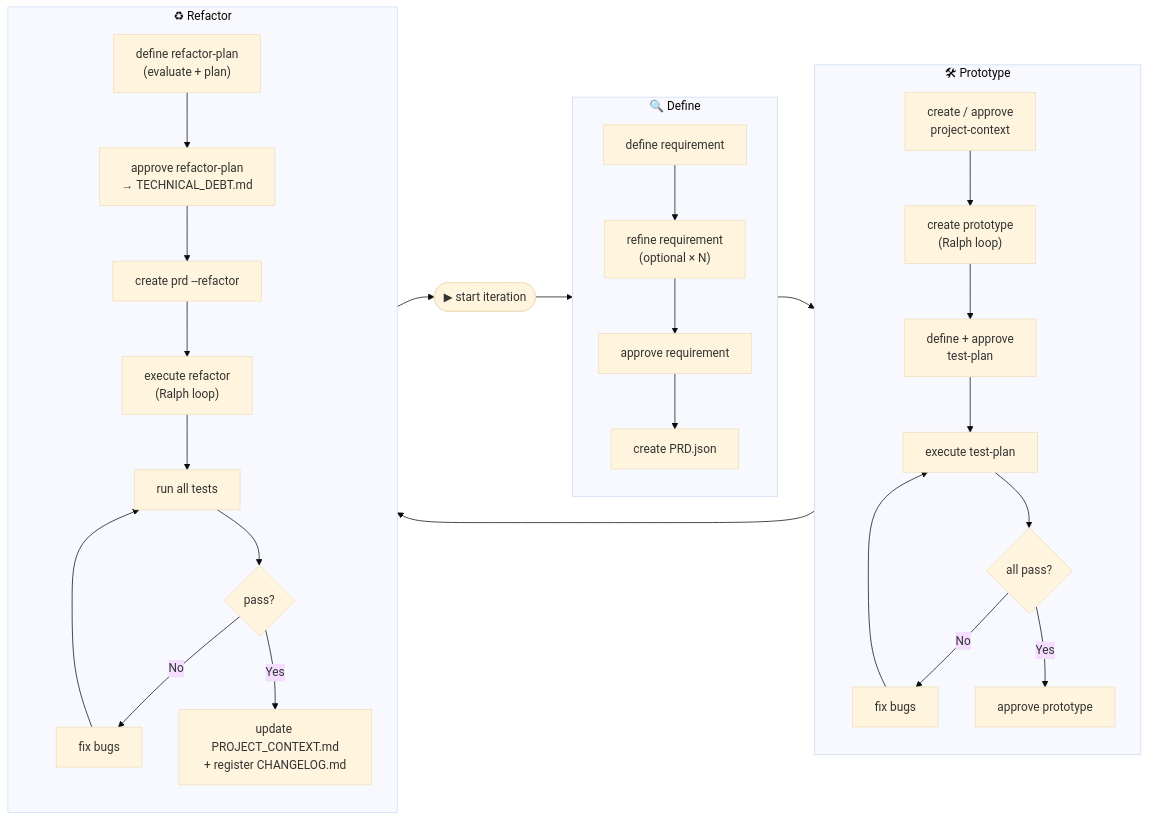
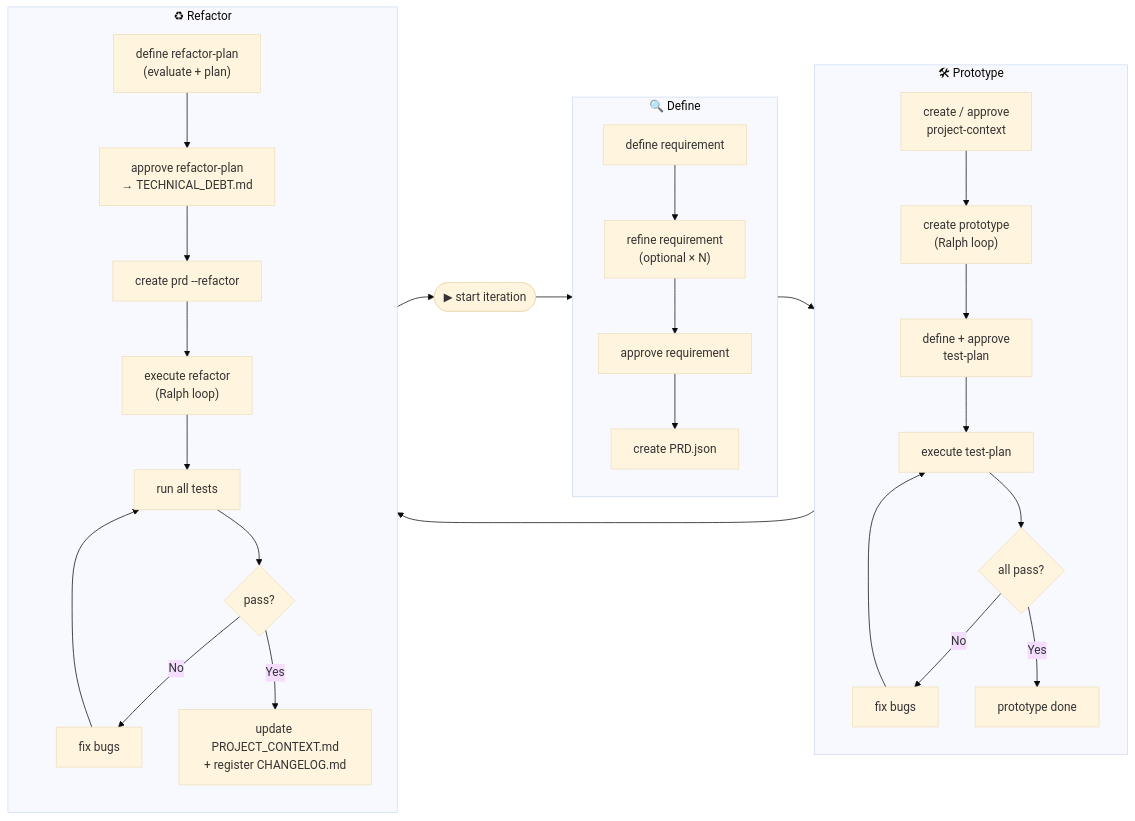
The first of 2 diagrams in process_design.md (quinteroac/nerds-vibecoding-survivor-toolkit), drawn with Mermaid (base theme) before and after one commit. The commit also changed other lines of this file and 5 other files, not shown here.

````diff
--- a/process_design.md
+++ b/process_design.md
@@ -24,38 +24,38 @@
 ```mermaid
 flowchart LR
     Start(["▶ start iteration"]) --> Define
 
     subgraph Define["🔍 Define"]
         direction TB
         DA["define requirement"] --> DB["refine requirement\n(optional × N)"]
         DB --> DC["approve requirement"]
         DC --> DD["create PRD.json"]
     end
 
     subgraph Prototype["🛠 Prototype"]
         direction TB
         PA["create / approve\nproject-context"] --> PB["create prototype\n(Ralph loop)"]
         PB --> PC["define + approve\ntest-plan"]
         PC --> PD["execute test-plan"]
         PD --> PE{all pass?}
         PE -- No --> PF["fix bugs"]
         PF --> PD
-        PE -- Yes --> PG["approve prototype"]
+        PE -- Yes --> PG["prototype done"]
     end
 
     subgraph Refactor["♻ Refactor"]
         direction TB
         RA["define refactor-plan\n(evaluate + plan)"] --> RB["approve refactor-plan\n→ TECHNICAL_DEBT.md"]
         RB --> RC["create prd --refactor"]
         RC --> RD["execute refactor\n(Ralph loop)"]
         RD --> RE["run all tests"]
         RE --> RF{pass?}
         RF -- No --> RG["fix bugs"]
         RG --> RE
         RF -- Yes --> RH["update PROJECT_CONTEXT.md\n+ register CHANGELOG.md"]
     end
 
     Define --> Prototype
     Prototype --> Refactor
     Refactor --> Start
 ```
````
